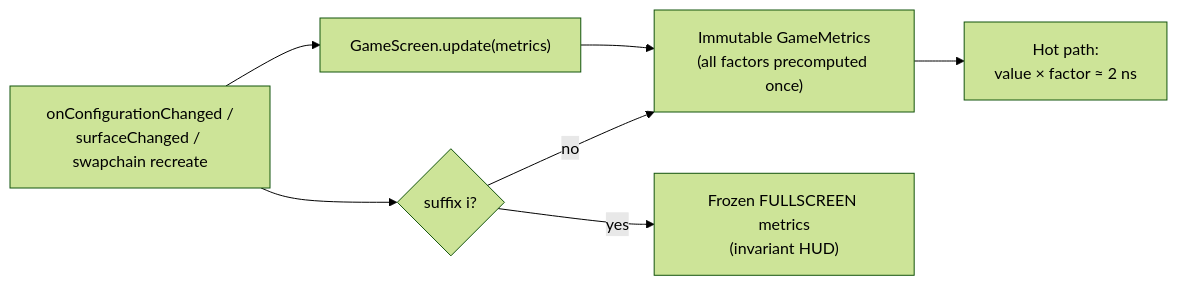
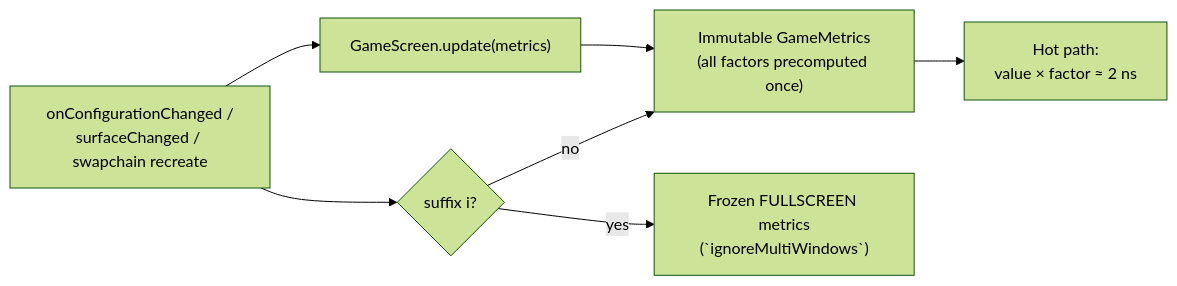
The diagram in README.md (bodenberg/appdimens-games), drawn with Mermaid (forest theme) before and after one commit. The commit also changed other lines of this file and 55 other files, not shown here.

````diff
--- a/README.md
+++ b/README.md
@@ -159,9 +156,9 @@
 ```mermaid
 flowchart LR
     A["onConfigurationChanged /<br/>surfaceChanged / swapchain recreate"] --> B["GameScreen.update(metrics)"]
     B --> C["Immutable GameMetrics<br/>(all factors precomputed once)"]
     C --> D["Hot path:<br/>value × factor ≈ 2 ns"]
     A --> E{"suffix i?"}
-    E -- "yes" --> F["Frozen FULLSCREEN metrics<br/>(invariant HUD)"]
+    E -- "yes" --> F["Frozen FULLSCREEN metrics<br/>(`ignoreMultiWindows`)"]
     E -- "no" --> C
 ```
````
